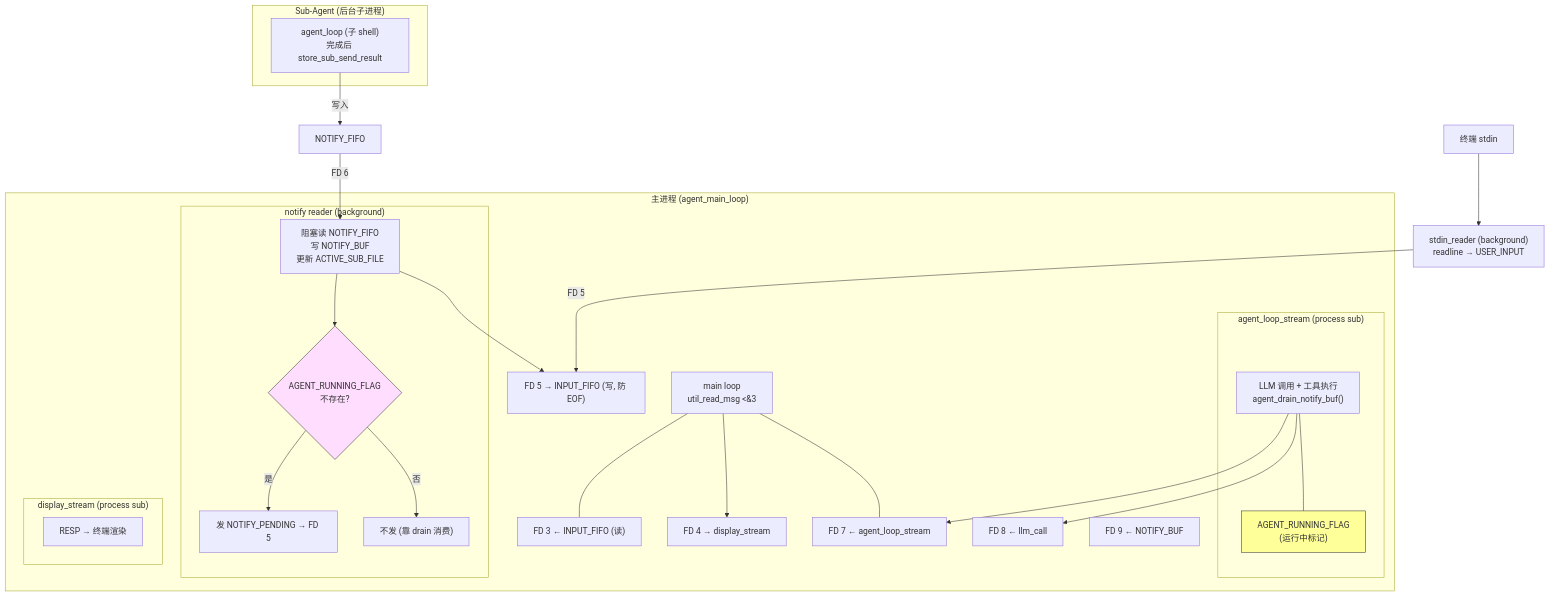
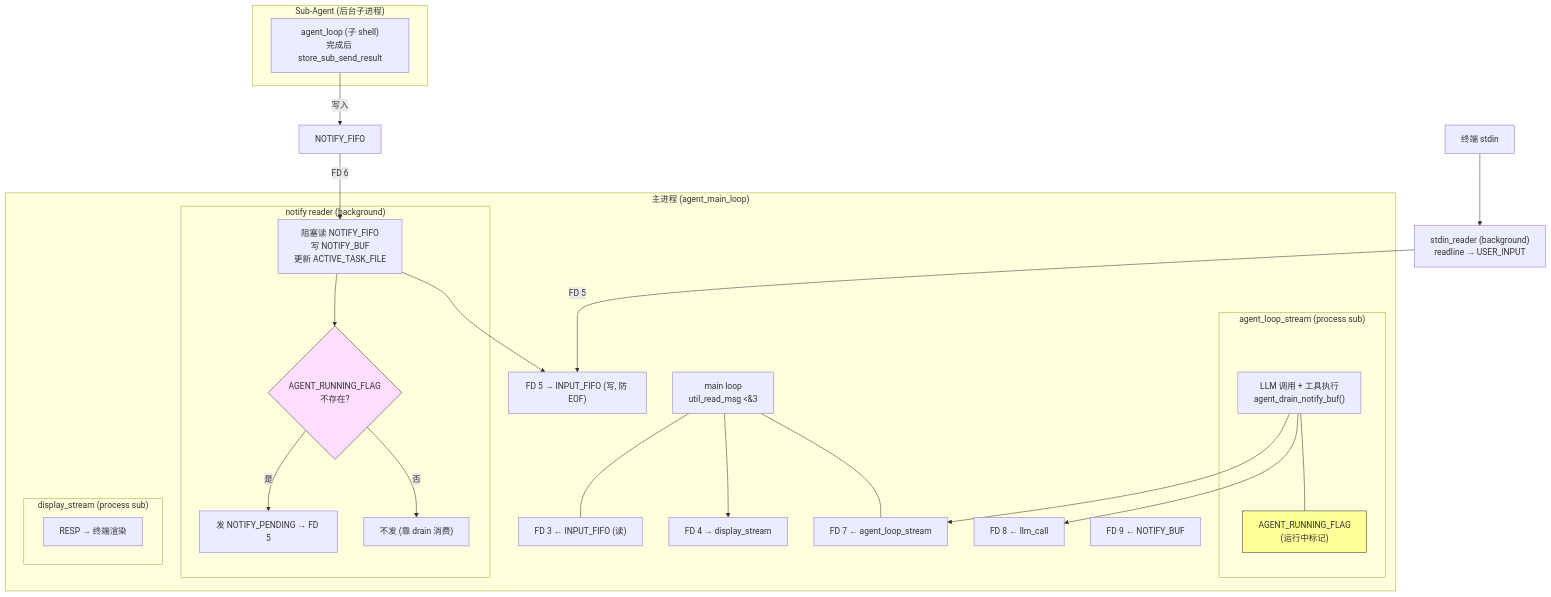
Before and after one commit to lloydzhou/bash-agent: the first of 5 diagrams in docs/BASH_ARCHITECTURE.md, drawn with Mermaid. The commit also changed other lines of this file, not shown here.

First line of the commit message:
docs: 更新 notify 相关描述 — 时序区别 + rename + bg-bash

````diff
--- a/docs/BASH_ARCHITECTURE.md
+++ b/docs/BASH_ARCHITECTURE.md
@@ -13,53 +13,53 @@
 ```mermaid
 graph TB
     subgraph Main["主进程 (agent_main_loop)"]
         MainLoop["main loop<br/>util_read_msg &lt;&amp;3"]
         FD3["FD 3 ← INPUT_FIFO (读)"]
         FD5["FD 5 → INPUT_FIFO (写, 防 EOF)"]
         FD4["FD 4 → display_stream"]
         FD7["FD 7 ← agent_loop_stream"]
         FD8["FD 8 ← llm_call"]
         FD9["FD 9 ← NOTIFY_BUF"]
 
         MainLoop --- FD3
         MainLoop --- FD7
 
         subgraph ALS["agent_loop_stream (process sub)"]
             ALSBody["LLM 调用 + 工具执行<br/>agent_drain_notify_buf()"]
             Flag["AGENT_RUNNING_FLAG<br/>(运行中标记)"]
             ALSBody --- Flag
         end
 
         subgraph NR["notify reader (background)"]
-            NRBody["阻塞读 NOTIFY_FIFO<br/>写 NOTIFY_BUF<br/>更新 ACTIVE_SUB_FILE"]
+            NRBody["阻塞读 NOTIFY_FIFO<br/>写 NOTIFY_BUF<br/>更新 ACTIVE_TASK_FILE"]
             NRCheck{"AGENT_RUNNING_FLAG<br/>不存在?"}
             NRBody --> NRCheck
             NRCheck -- "是" --> NPPending["发 NOTIFY_PENDING → FD 5"]
             NRCheck -- "否" --> NRSkip["不发 (靠 drain 消费)"]
         end
 
         subgraph DS["display_stream (process sub)"]
             DSBody["RESP → 终端渲染"]
         end
 
         MainLoop --> FD4
         ALSBody --> FD8
         ALSBody --> FD7
         NRBody --> FD5
     end
 
     subgraph SA["Sub-Agent (后台子进程)"]
         SABody["agent_loop (子 shell)<br/>完成后 store_sub_send_result"]
     end
 
     Terminal["终端 stdin"]
     StdinReader["stdin_reader (background)<br/>readline → USER_INPUT"]
 
     Terminal --> StdinReader
     StdinReader -->|FD 5| FD5
     SABody -->|写入| NOTIFY_FIFO
     NOTIFY_FIFO -->|FD 6| NRBody
 
     style Flag fill:#ff9,stroke:#333
     style NRCheck fill:#fdf,stroke:#333
 ```
````
